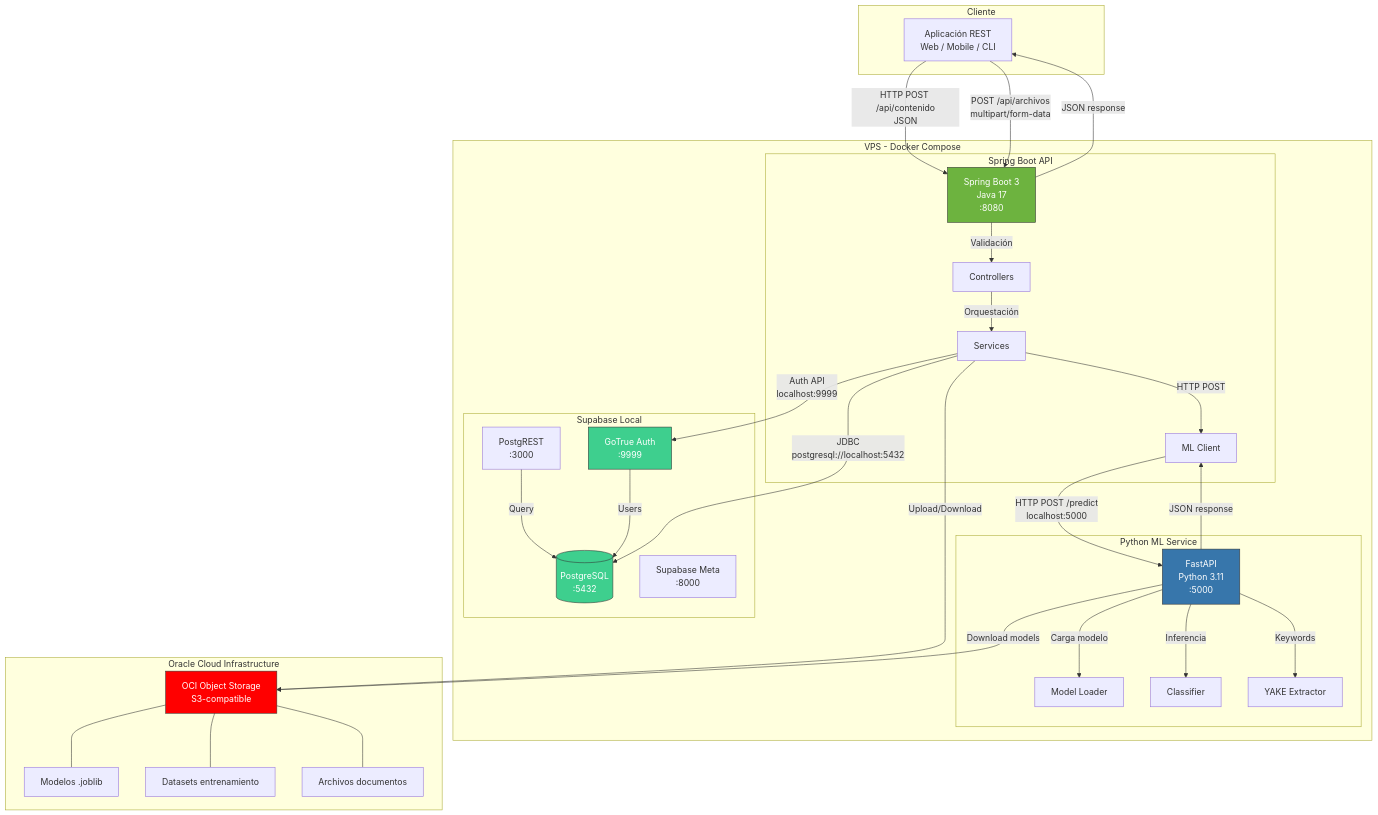
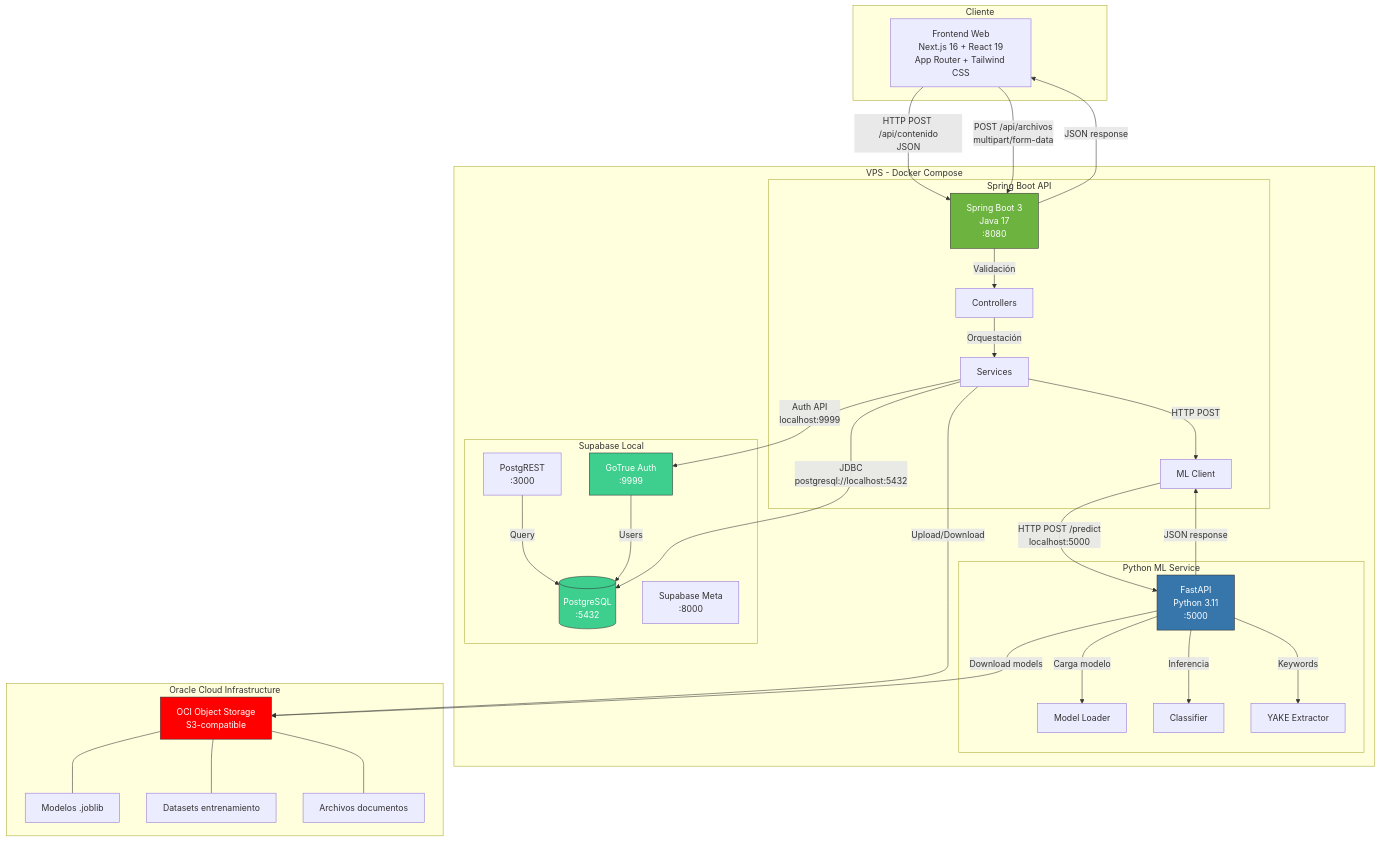
One commit to No-Country-simulation/G9-LATAM-Team_40 changed the diagram in README.md. Above: the diagram before and after it, drawn with Mermaid. The commit also changed other lines of this file and 22 other files, not shown here.

````diff
--- a/README.md
+++ b/README.md
@@ -36,57 +38,57 @@
 ```mermaid
 graph TB
     subgraph "Cliente"
-        Client[Aplicación REST<br>Web / Mobile / CLI]
+        Client[Frontend Web<br>Next.js 16 + React 19<br>App Router + Tailwind CSS]
     end
 
     subgraph "VPS - Docker Compose"
         subgraph "Spring Boot API"
             SB[Spring Boot 3<br>Java 17<br>:8080]
             SB -->|Validación| Controller[Controllers]
             Controller -->|Orquestación| Service[Services]
             Service -->|HTTP POST| MLClient[ML Client]
         end
 
         subgraph "Python ML Service"
             FastAPI[FastAPI<br>Python 3.11<br>:5000]
             FastAPI -->|Carga modelo| ModelLoader[Model Loader]
             FastAPI -->|Inferencia| Classifier[Classifier]
             FastAPI -->|Keywords| YAKE[YAKE Extractor]
         end
 
         subgraph "Supabase Local"
             SupaDB[(PostgreSQL<br>:5432)]
             SupaAuth[GoTrue Auth<br>:9999]
             SupaREST[PostgREST<br>:3000]
             SupaMeta[Supabase Meta<br>:8000]
             SupaREST -->|Query| SupaDB
             SupaAuth -->|Users| SupaDB
         end
     end
 
     subgraph "Oracle Cloud Infrastructure"
         OCI[OCI Object Storage<br>S3-compatible]
         Models[Modelos .joblib]
         Datasets[Datasets entrenamiento]
         Files[Archivos documentos]
         OCI --- Models
         OCI --- Datasets
         OCI --- Files
     end
 
     Client -->|HTTP POST /api/contenido<br>JSON| SB
     Client -->|POST /api/archivos<br>multipart/form-data| SB
     MLClient -->|HTTP POST /predict<br>localhost:5000| FastAPI
     Service -->|JDBC<br>postgresql://localhost:5432| SupaDB
     Service -->|Auth API<br>localhost:9999| SupaAuth
     Service -->|Upload/Download| OCI
     FastAPI -->|Download models| OCI
     FastAPI -->|JSON response| MLClient
     SB -->|JSON response| Client
 
     style SB fill:#6DB33F,stroke:#333,color:#fff
     style FastAPI fill:#3776AB,stroke:#333,color:#fff
     style SupaDB fill:#3ECF8E,stroke:#333,color:#fff
     style SupaAuth fill:#3ECF8E,stroke:#333,color:#fff
     style OCI fill:#FF0000,stroke:#333,color:#fff
 ```
````
